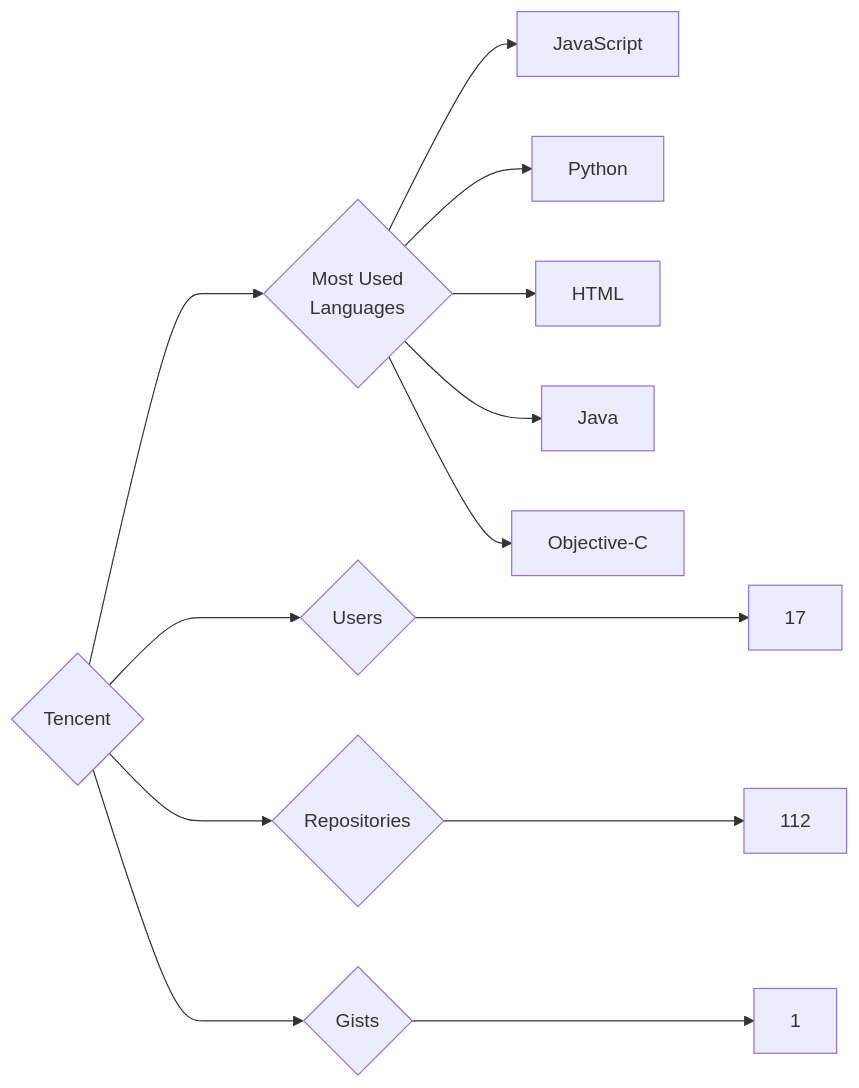
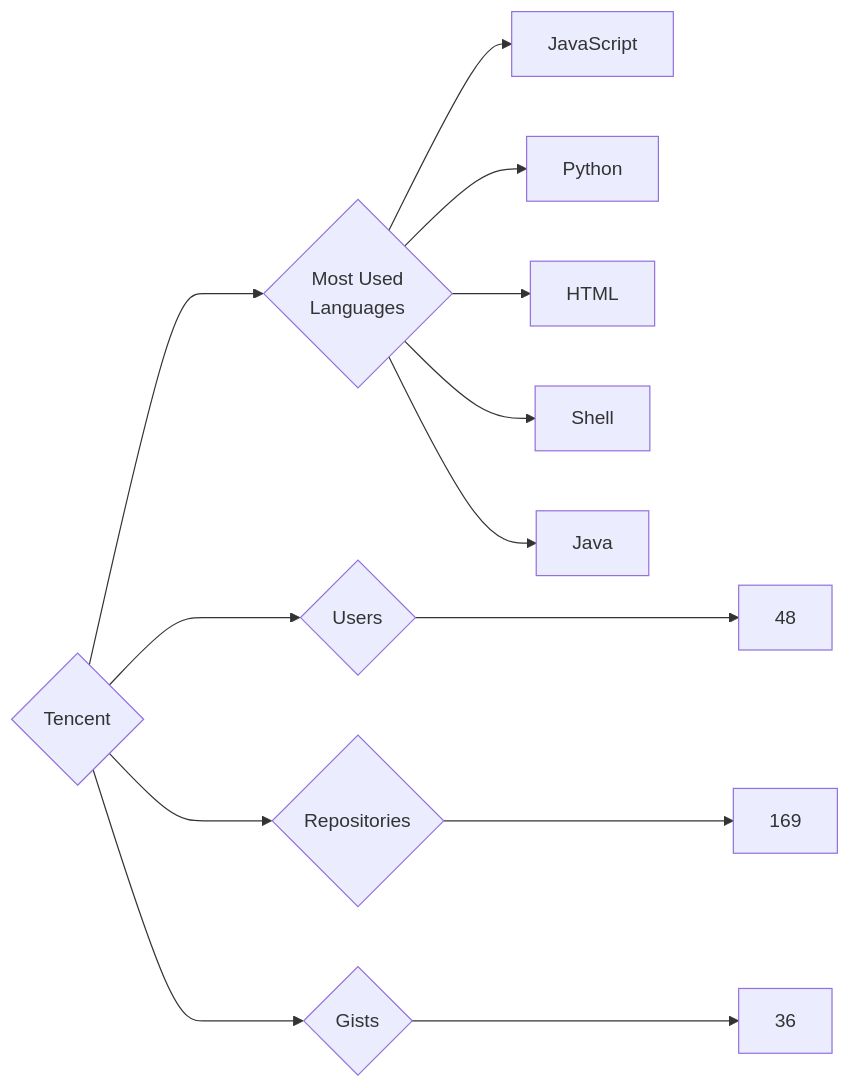
Before and after one commit to trickest/insiders: the diagram in targets/Tencent/README.md, drawn with Mermaid. The commit also changed 582 other files, not shown here.

````diff
--- a/targets/Tencent/README.md
+++ b/targets/Tencent/README.md
@@ -3,13 +3,13 @@
 ```mermaid
 graph LR
 COMPANY_NAME{Tencent}
-COMPANY_NAME ---> U{Users} ---> UN[17]
-COMPANY_NAME ---> R{Repositories} ---> RN[112]
-COMPANY_NAME ---> G{Gists} ---> GN[1]
+COMPANY_NAME ---> U{Users} ---> UN[48]
+COMPANY_NAME ---> R{Repositories} ---> RN[169]
+COMPANY_NAME ---> G{Gists} ---> GN[36]
 COMPANY_NAME ---> ML{Most Used<br>Languages}
 ML --> JavaScript[JavaScript]
 ML --> Python[Python]
 ML --> HTML[HTML]
+ML --> Shell[Shell]
 ML --> Java[Java]
-ML --> Objective-C[Objective-C]
 ```
````
